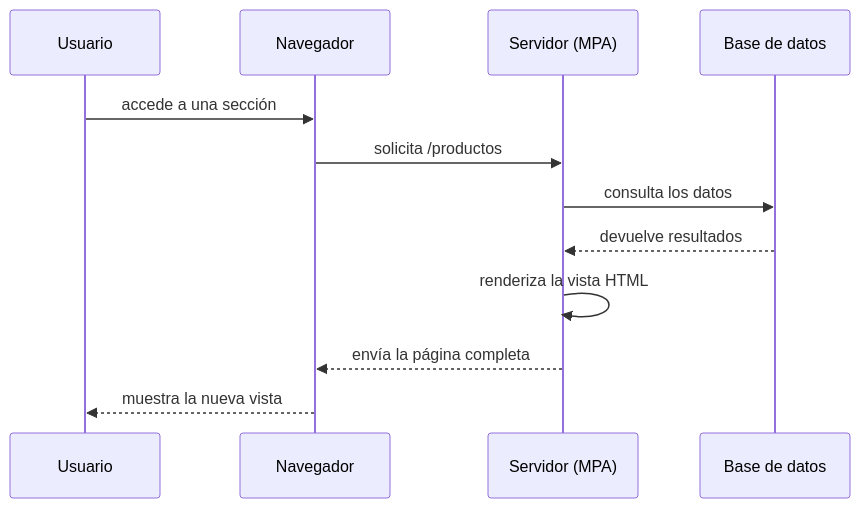
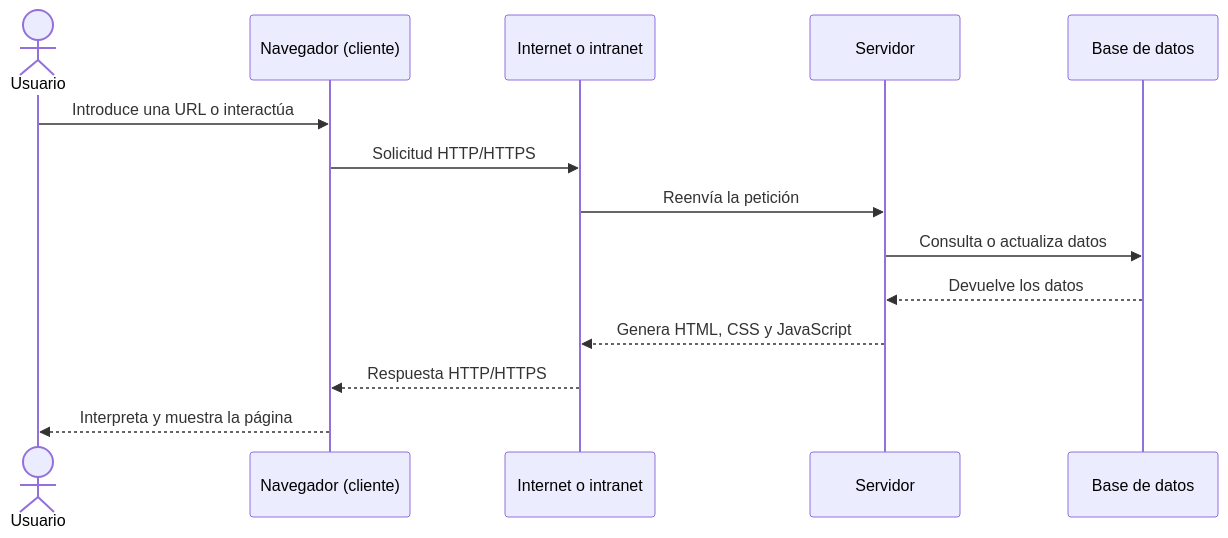
One commit to ATorresCode/aw changed the sixth of 6 diagrams in docs/u01/index.md. Above: the diagram before and after it, drawn with Mermaid. The commit also changed other lines of this file and 4 other files, not shown here.

````diff
--- a/docs/u01/index.md
+++ b/docs/u01/index.md
@@ -319,15 +82,17 @@
 ```mermaid
 sequenceDiagram
-    participant Usuario
-    participant Navegador
-    participant Servidor as Servidor (MPA)
-    participant BaseDatos as Base de datos
+ actor Usuario
+ participant Cliente as Navegador (cliente)
+ participant Red as Internet o intranet
+ participant Servidor
+ participant BD as Base de datos
 
-    Usuario->>Navegador: accede a una sección
-    Navegador->>Servidor: solicita /productos
-    Servidor->>BaseDatos: consulta los datos
-    BaseDatos-->>Servidor: devuelve resultados
-    Servidor->>Servidor: renderiza la vista HTML
-    Servidor-->>Navegador: envía la página completa
-    Navegador-->>Usuario: muestra la nueva vista
+ Usuario->>Cliente: Introduce una URL o interactúa
+ Cliente->>Red: Solicitud HTTP/HTTPS
+ Red->>Servidor: Reenvía la petición
+ Servidor->>BD: Consulta o actualiza datos
+ BD-->>Servidor: Devuelve los datos
+ Servidor-->>Red: Genera HTML, CSS y JavaScript
+ Red-->>Cliente: Respuesta HTTP/HTTPS
+ Cliente-->>Usuario: Interpreta y muestra la página
 ```
````
